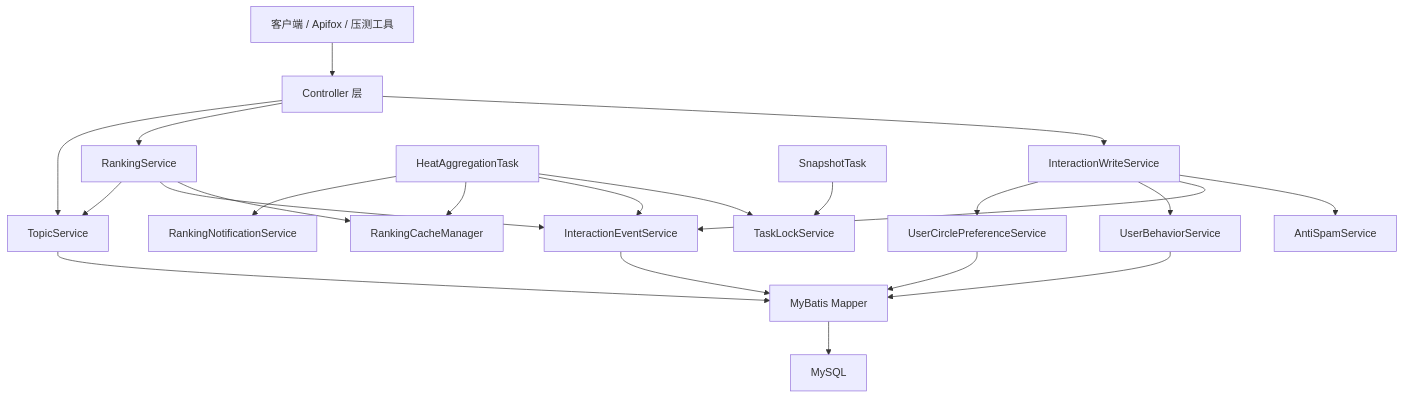
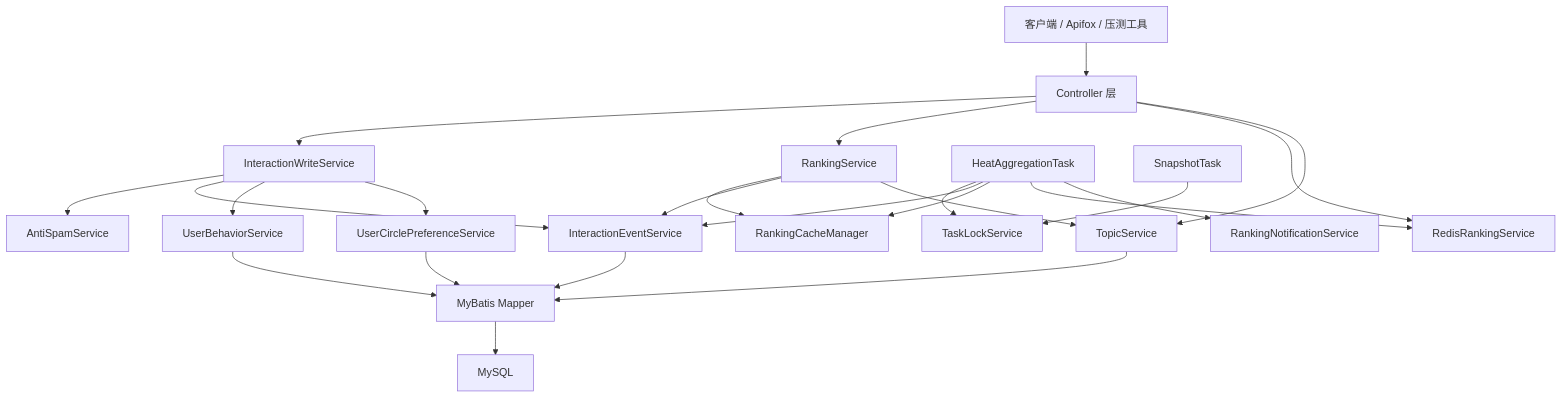
Before and after one commit to opaoxx/jike-hotrank-engine: the diagram in docs/architecture.md, drawn with Mermaid. The commit also changed other lines of this file and 33 other files, not shown here.

````diff
--- a/docs/architecture.md
+++ b/docs/architecture.md
@@ -9,24 +9,26 @@
 ```mermaid
 flowchart TD
     Client["客户端 / Apifox / 压测工具"] --> Controller["Controller 层"]
     Controller --> WriteService["InteractionWriteService"]
     Controller --> RankingService["RankingService"]
+    Controller --> RedisRank["RedisRankingService"]
     Controller --> TopicService["TopicService"]
     WriteService --> AntiSpam["AntiSpamService"]
     WriteService --> EventService["InteractionEventService"]
     WriteService --> BehaviorService["UserBehaviorService"]
     WriteService --> PreferenceService["UserCirclePreferenceService"]
     RankingService --> Cache["RankingCacheManager"]
     RankingService --> EventService
     RankingService --> TopicService
     HeatTask["HeatAggregationTask"] --> Lock["TaskLockService"]
     SnapshotTask["SnapshotTask"] --> Lock
     HeatTask --> EventService
     HeatTask --> Cache
+    HeatTask --> RedisRank
     HeatTask --> Notify["RankingNotificationService"]
     EventService --> Mapper["MyBatis Mapper"]
     TopicService --> Mapper
     PreferenceService --> Mapper
     BehaviorService --> Mapper
     Mapper --> MySQL["MySQL"]
 ```
````
